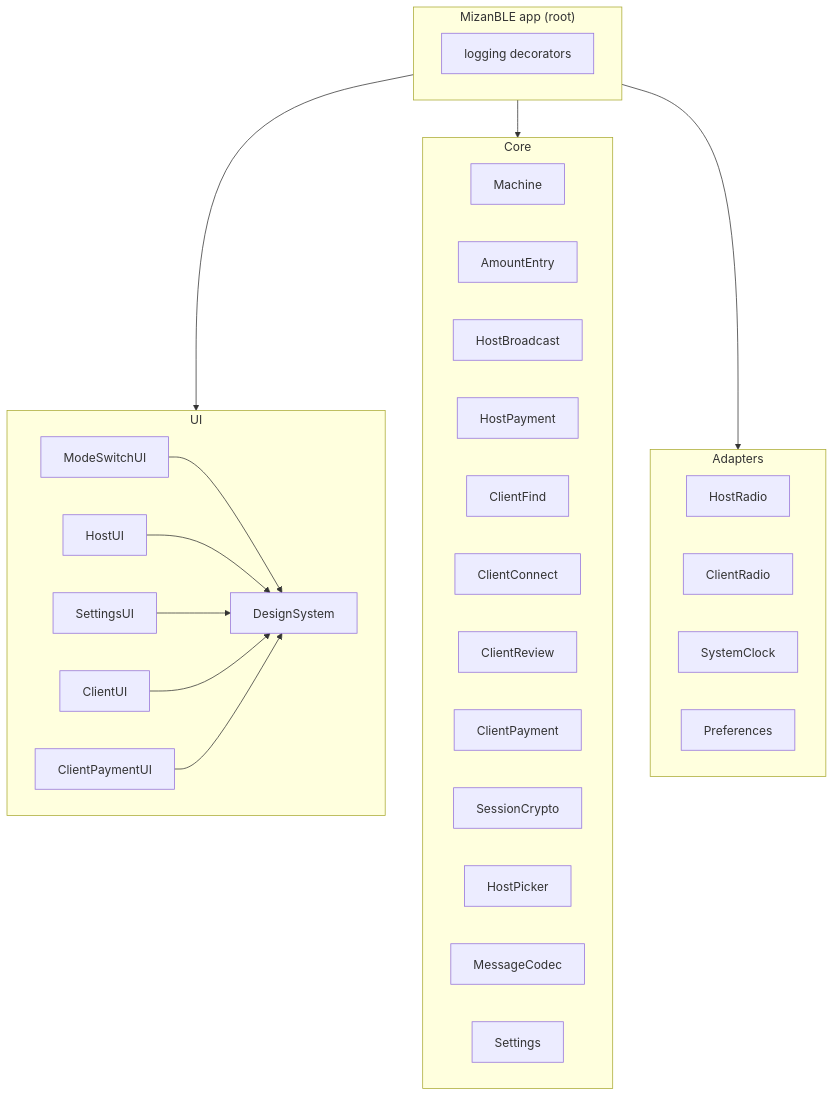
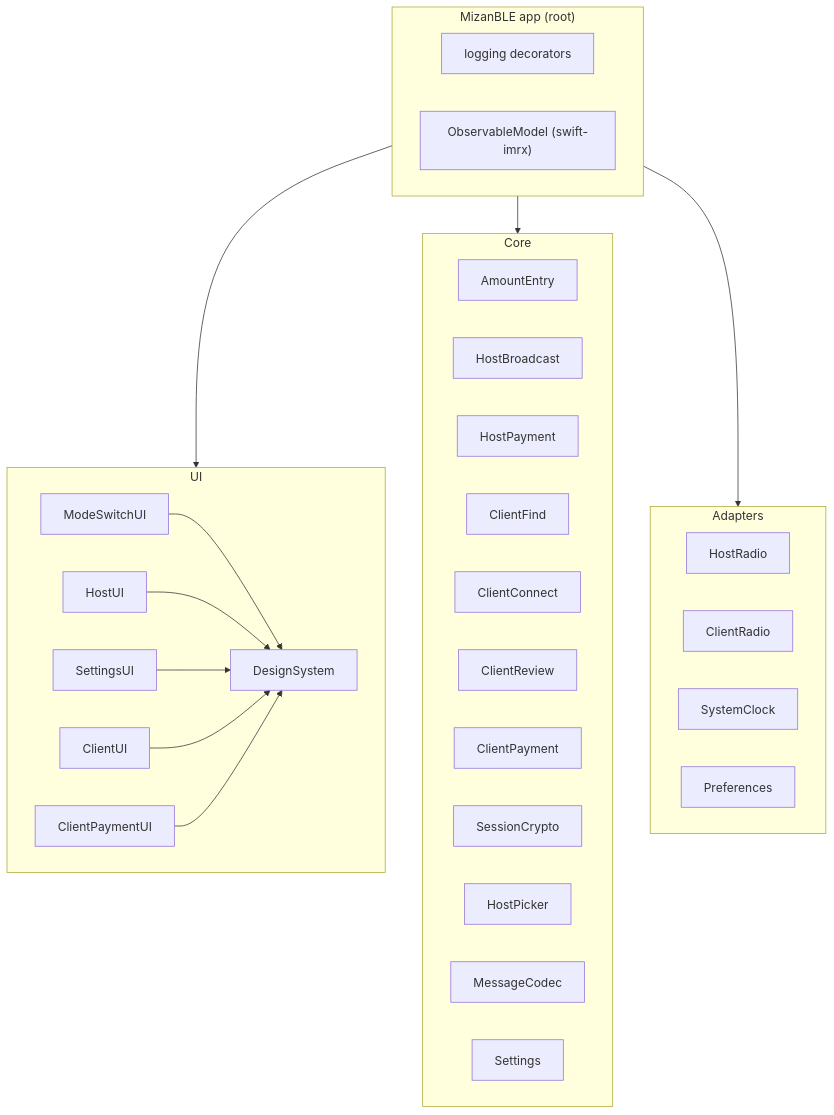
Before and after one commit to igor1309/ai-labs: the diagram in mizan-ble/ARCHITECTURE.md, drawn with Mermaid. The commit also changed other lines of this file and 27 other files, not shown here.

Commit message:
mizan-ble: flows hand back effect results as a stream; drop Machine (LAB-693)

````diff
--- a/mizan-ble/ARCHITECTURE.md
+++ b/mizan-ble/ARCHITECTURE.md
@@ -108,36 +109,36 @@
 ```mermaid
 flowchart TB
   subgraph Root["MizanBLE app (root)"]
     Log[logging decorators]
+    Model["ObservableModel (swift-imrx)"]
   end
   subgraph UI
     ModeSwitchUI --> DesignSystem
     HostUI --> DesignSystem
     SettingsUI --> DesignSystem
     ClientUI --> DesignSystem
     ClientPaymentUI --> DesignSystem
   end
   subgraph Core
-    Machine
     AmountEntry
     HostBroadcast
     HostPayment
     ClientFind
     ClientConnect
     ClientReview
     ClientPayment
     SessionCrypto
     HostPicker
     MessageCodec
     Settings
   end
   subgraph Adapters
     HostRadio
     ClientRadio
     SystemClock
     Preferences
   end
   Root --> UI
   Root --> Core
   Root --> Adapters
 ```
````
